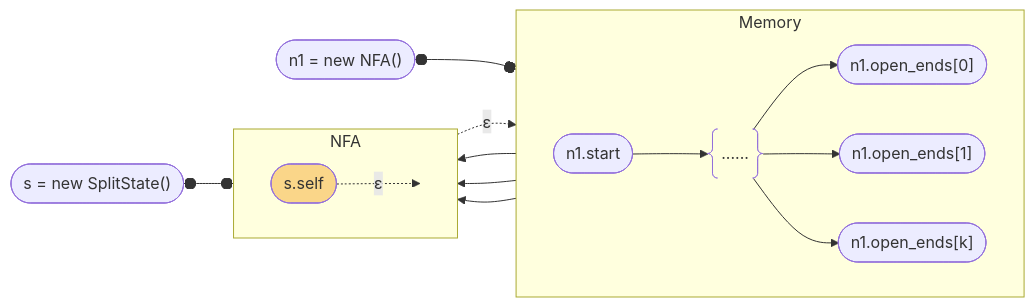
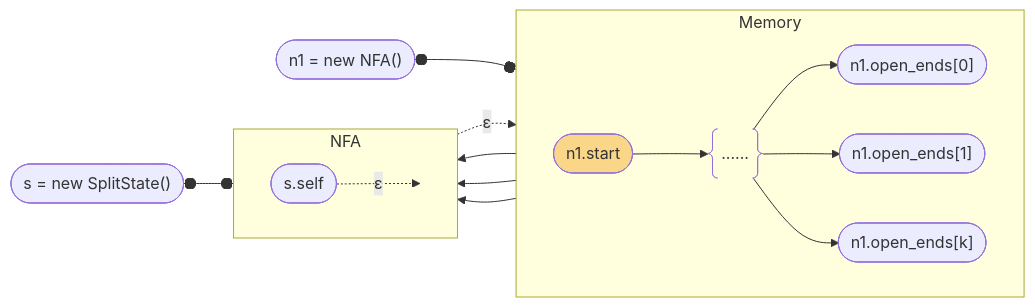
Before and after one commit to erikyao/erikyao.github.io: the ninth of 12 diagrams in _posts/2025-03-30-ken-thompsons-post2nfa-algorithm.md, drawn with Mermaid. The commit also changed other lines of this file, not shown here.

````diff
--- a/_posts/2025-03-30-ken-thompsons-post2nfa-algorithm.md
+++ b/_posts/2025-03-30-ken-thompsons-post2nfa-algorithm.md
@@ -310,28 +314,28 @@
 ```mermaid
 flowchart LR
     subgraph Memory
     direction LR
     A([n1.start]) --> C@{ shape: braces, label: "......" }
     C --> D(["n1.open_ends[0]"])
     C --> E(["n1.open_ends[1]"])
     C --> F(["n1.open_ends[k]"])
     end
     
     G(["n1 = new NFA()"]) o--o Memory
 
     subgraph NFA
     direction LR
 
     H([s.self]) -.->|ε| A
     H -.->|ε| NONE_K:::hidden
     end
 
     L(["s = new SplitState()"]) o--o NFA
 
     D --> H
     E --> H
     F --> H
     
     classDef hidden display: none;
-    style H fill:#FAD689
+    style A fill:#FAD689
 ```
````
